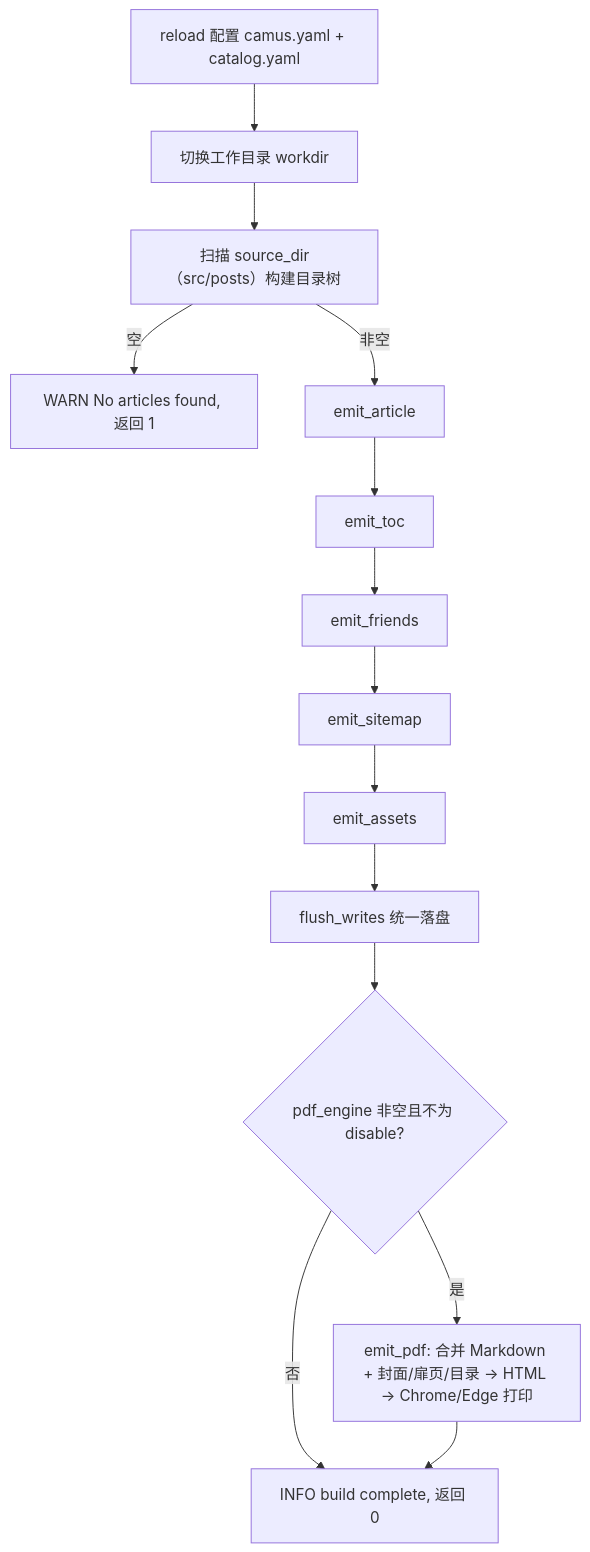
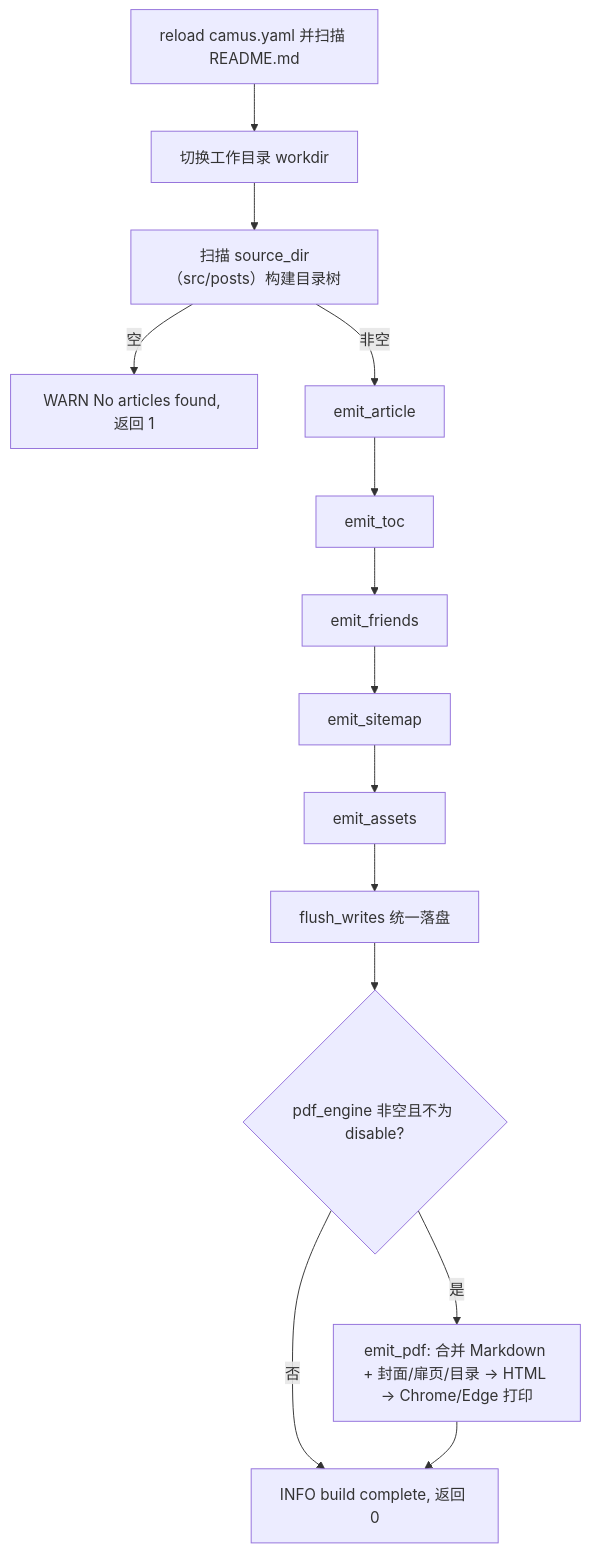
The diagram in docs/prd/01-overview.md (o8x/camus), drawn with Mermaid before and after one commit. The commit also changed other lines of this file and 20 other files, not shown here.

````diff
--- a/docs/prd/01-overview.md
+++ b/docs/prd/01-overview.md
@@ -55,16 +55,16 @@
 ```mermaid
 flowchart TD
-    A[reload 配置 camus.yaml + catalog.yaml] --> B[切换工作目录 workdir]
+    A[reload camus.yaml 并扫描 README.md] --> B[切换工作目录 workdir]
     B --> C[扫描 source_dir（src/posts）构建目录树]
     C -->|空| W[WARN No articles found, 返回 1]
     C -->|非空| D[emit_article]
     D --> E[emit_toc]
     E --> F[emit_friends]
     F --> G[emit_sitemap]
     G --> H[emit_assets]
     H --> I[flush_writes 统一落盘]
     I --> P{pdf_engine 非空且不为 disable?}
     P -->|是| Q[emit_pdf: 合并 Markdown + 封面/扉页/目录 -> HTML -> Chrome/Edge 打印]
     P -->|否| J
     Q --> J[INFO build complete, 返回 0]
 ```
````
